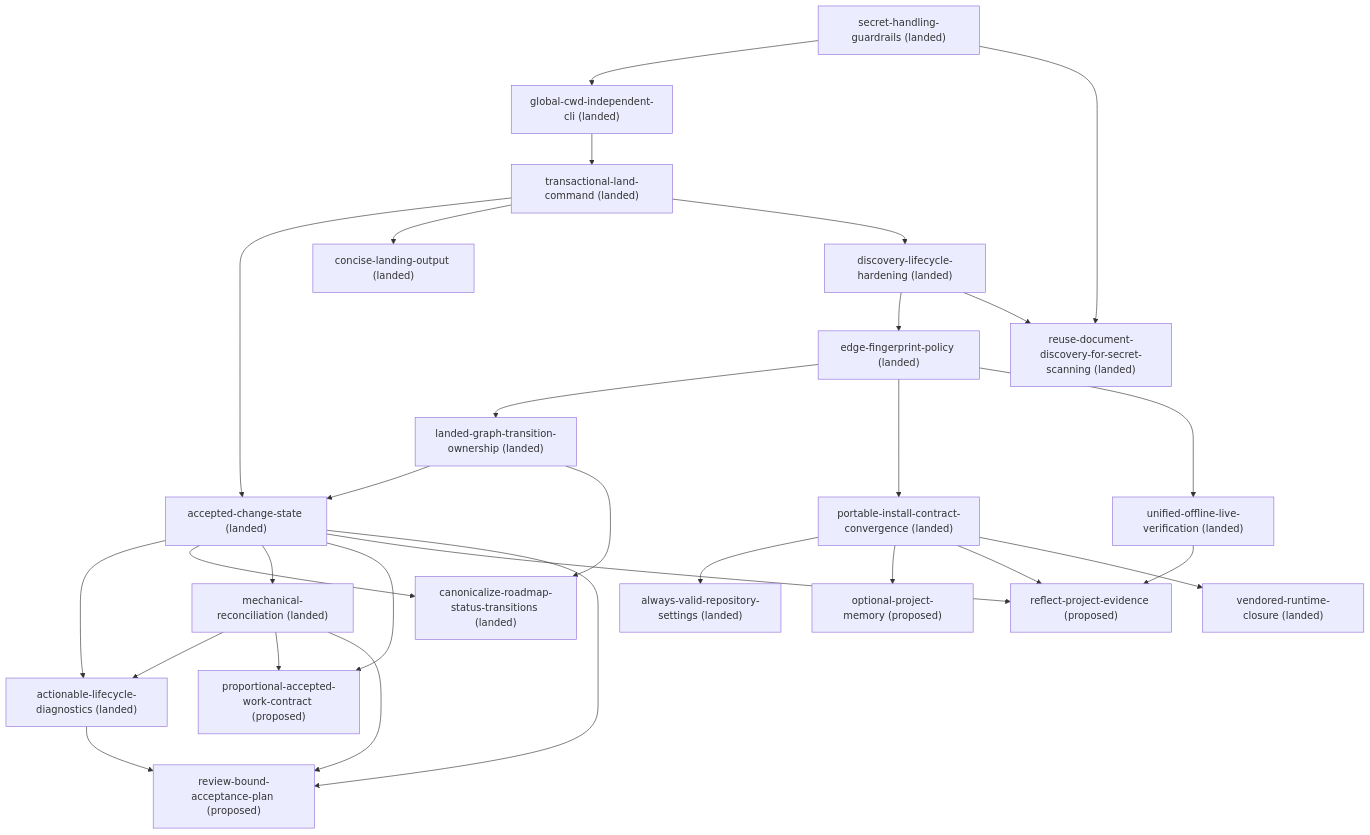
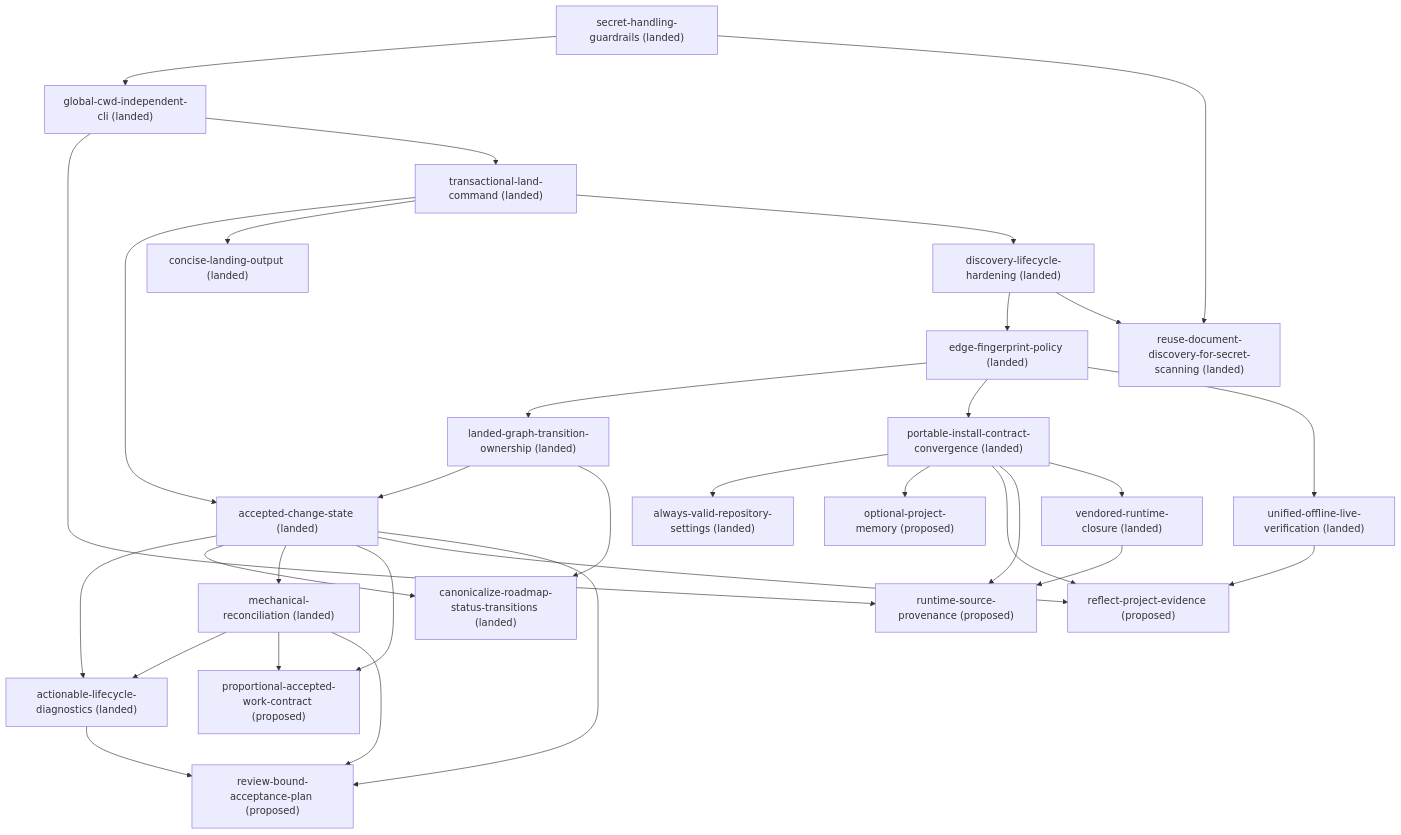
The diagram in docs/roadmap.md (kli66/doc-contract), drawn with Mermaid before and after one commit. The commit also changed other lines of this file and 3 other files, not shown here.

First line of the commit message:
docs(changes): propose runtime source provenance

````diff
--- a/docs/roadmap.md
+++ b/docs/roadmap.md
@@ -54,51 +55,55 @@
 ```mermaid
 flowchart TD
     accepted_change_state["accepted-change-state (landed)"]
     actionable_lifecycle_diagnostics["actionable-lifecycle-diagnostics (landed)"]
     always_valid_repository_settings["always-valid-repository-settings (landed)"]
     canonicalize_roadmap_status_transitions["canonicalize-roadmap-status-transitions (landed)"]
     concise_landing_output["concise-landing-output (landed)"]
     discovery_lifecycle_hardening["discovery-lifecycle-hardening (landed)"]
     edge_fingerprint_policy["edge-fingerprint-policy (landed)"]
     global_cwd_independent_cli["global-cwd-independent-cli (landed)"]
     landed_graph_transition_ownership["landed-graph-transition-ownership (landed)"]
     mechanical_reconciliation["mechanical-reconciliation (landed)"]
     optional_project_memory["optional-project-memory (proposed)"]
     portable_install_contract_convergence["portable-install-contract-convergence (landed)"]
     proportional_accepted_work_contract["proportional-accepted-work-contract (proposed)"]
     reflect_project_evidence["reflect-project-evidence (proposed)"]
     reuse_document_discovery_for_secret_scanning["reuse-document-discovery-for-secret-scanning (landed)"]
     review_bound_acceptance_plan["review-bound-acceptance-plan (proposed)"]
+    runtime_source_provenance["runtime-source-provenance (proposed)"]
     secret_handling_guardrails["secret-handling-guardrails (landed)"]
     transactional_land_command["transactional-land-command (landed)"]
     unified_offline_live_verification["unified-offline-live-verification (landed)"]
     vendored_runtime_closure["vendored-runtime-closure (landed)"]
     accepted_change_state --> actionable_lifecycle_diagnostics
     accepted_change_state --> canonicalize_roadmap_status_transitions
     accepted_change_state --> mechanical_reconciliation
     accepted_change_state --> proportional_accepted_work_contract
     accepted_change_state --> reflect_project_evidence
     accepted_change_state --> review_bound_acceptance_plan
     actionable_lifecycle_diagnostics --> review_bound_acceptance_plan
     discovery_lifecycle_hardening --> edge_fingerprint_policy
     discovery_lifecycle_hardening --> reuse_document_discovery_for_secret_scanning
     edge_fingerprint_policy --> landed_graph_transition_ownership
     edge_fingerprint_policy --> portable_install_contract_convergence
     edge_fingerprint_policy --> unified_offline_live_verification
+    global_cwd_independent_cli --> runtime_source_provenance
     global_cwd_independent_cli --> transactional_land_command
     landed_graph_transition_ownership --> accepted_change_state
     landed_graph_transition_ownership --> canonicalize_roadmap_status_transitions
     mechanical_reconciliation --> actionable_lifecycle_diagnostics
     mechanical_reconciliation --> proportional_accepted_work_contract
     mechanical_reconciliation --> review_bound_acceptance_plan
     portable_install_contract_convergence --> always_valid_repository_settings
     portable_install_contract_convergence --> optional_project_memory
     portable_install_contract_convergence --> reflect_project_evidence
+    portable_install_contract_convergence --> runtime_source_provenance
     portable_install_contract_convergence --> vendored_runtime_closure
     secret_handling_guardrails --> global_cwd_independent_cli
     secret_handling_guardrails --> reuse_document_discovery_for_secret_scanning
     transactional_land_command --> accepted_change_state
     transactional_land_command --> concise_landing_output
     transactional_land_command --> discovery_lifecycle_hardening
     unified_offline_live_verification --> reflect_project_evidence
+    vendored_runtime_closure --> runtime_source_provenance
 ```
````
